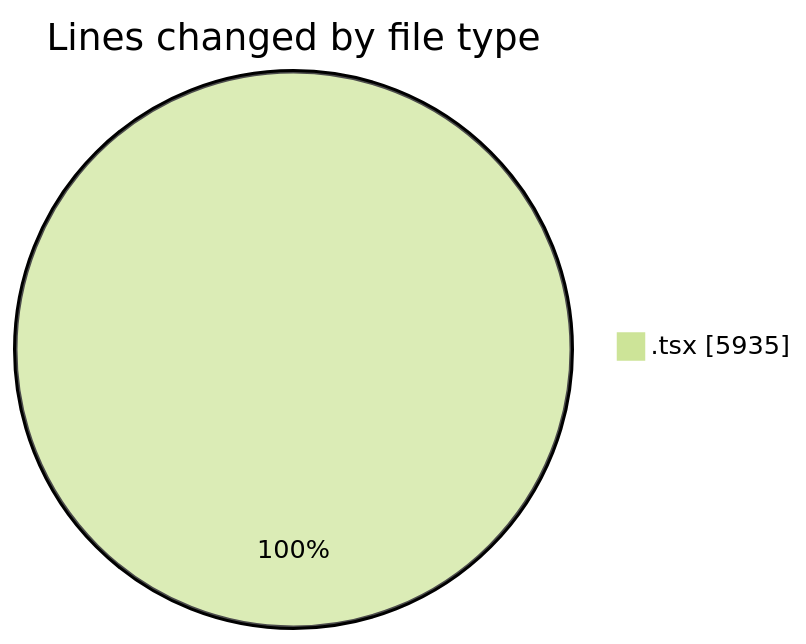
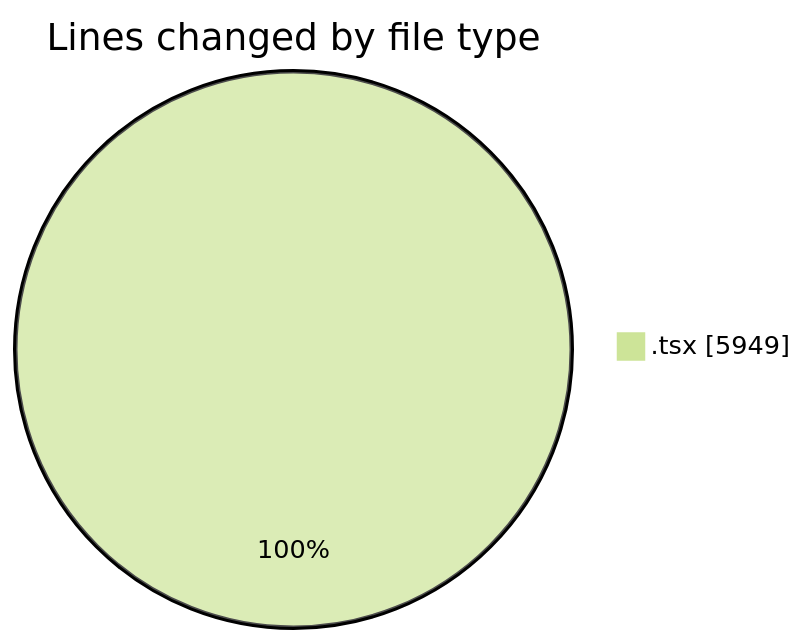
Before and after one commit to momahboobian/code-tracking: the first of 2 diagrams in 2025-12-04/cda/README.md, drawn with Mermaid (forest theme). The commit also changed other lines of this file and 1 other file, not shown here.

````diff
--- a/2025-12-04/cda/README.md
+++ b/2025-12-04/cda/README.md
@@ -22,5 +22,5 @@
 ```mermaid
 pie showData
 title Lines changed by file type
-".tsx" : 5935
+".tsx" : 5949
 ```
````
